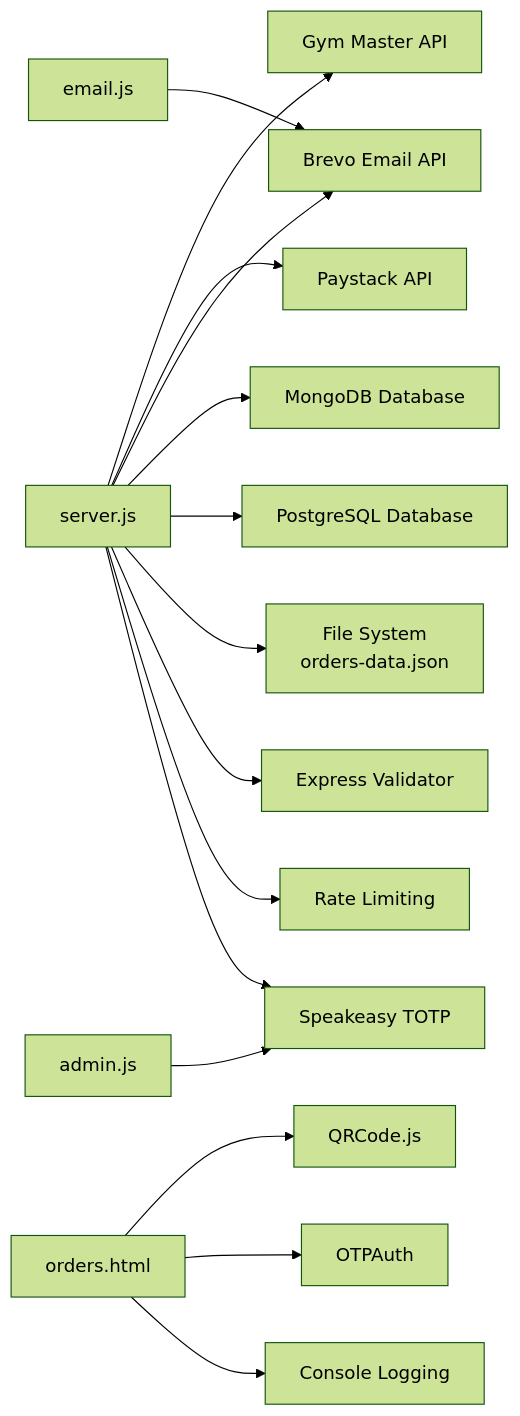
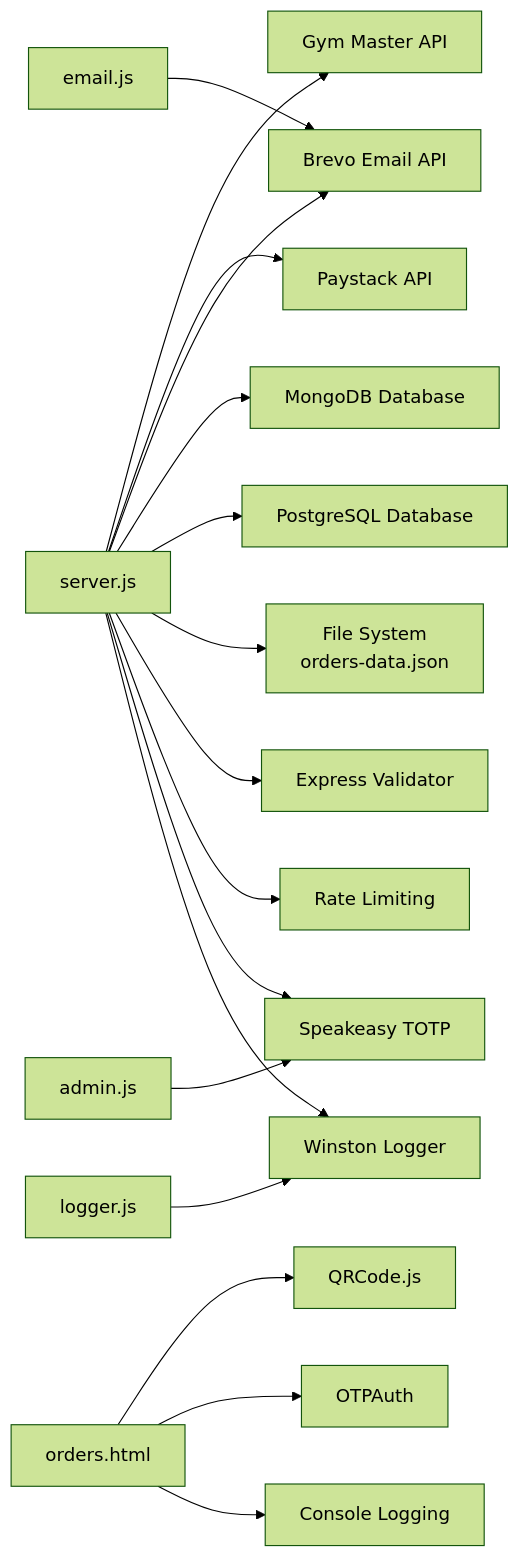
One commit to SirD33k/activezone changed the fifth of 5 diagrams in .qoder/repowiki/en/content/Backend API Reference/Order & Payment Processing API.md. Above: the diagram before and after it, drawn with Mermaid (forest theme). The commit also changed other lines of this file and 4 other files, not shown here.

````diff
--- a/.qoder/repowiki/en/content/Backend API Reference/Order & Payment Processing API.md
+++ b/.qoder/repowiki/en/content/Backend API Reference/Order & Payment Processing API.md
@@ -727,17 +773,19 @@
 ```mermaid
 graph LR
 Server["server.js"] --> GymMaster["Gym Master API"]
 Server --> Paystack["Paystack API"]
 Server --> Brevo["Brevo Email API"]
 Server --> MongoDB["MongoDB Database"]
 Server --> PostgreSQL["PostgreSQL Database"]
 Server --> FS["File System<br/>orders-data.json"]
 Server --> ExpressValidator["Express Validator"]
 Server --> RateLimit["Rate Limiting"]
 Server --> Speakeasy["Speakeasy TOTP"]
+Server --> Winston["Winston Logger"]
 OrdersAdmin["orders.html"] --> QRCode["QRCode.js"]
 OrdersAdmin --> OTPAuth["OTPAuth"]
 OrdersAdmin --> ConsoleLogging["Console Logging"]
 EmailUtils["email.js"] --> Brevo
 AdminRoute["admin.js"] --> Speakeasy
+Logger["logger.js"] --> Winston
 ```
````
